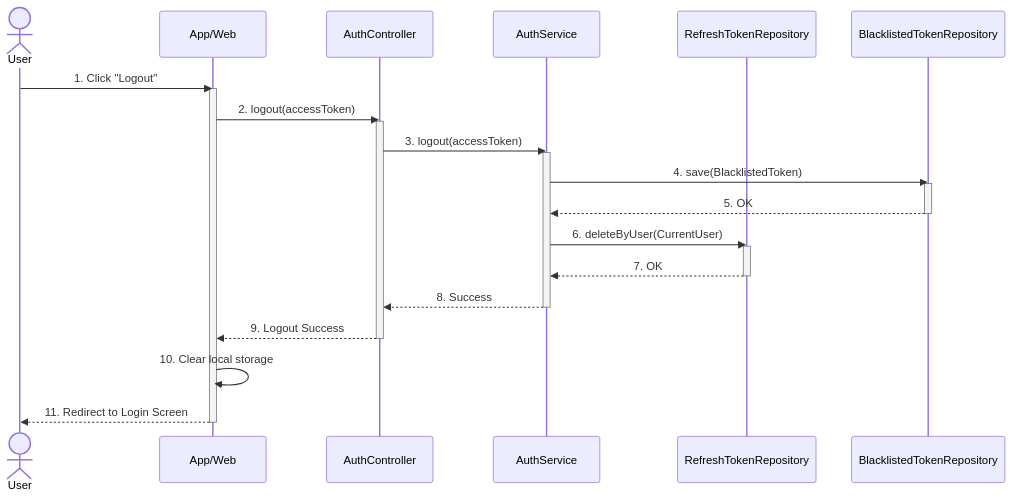
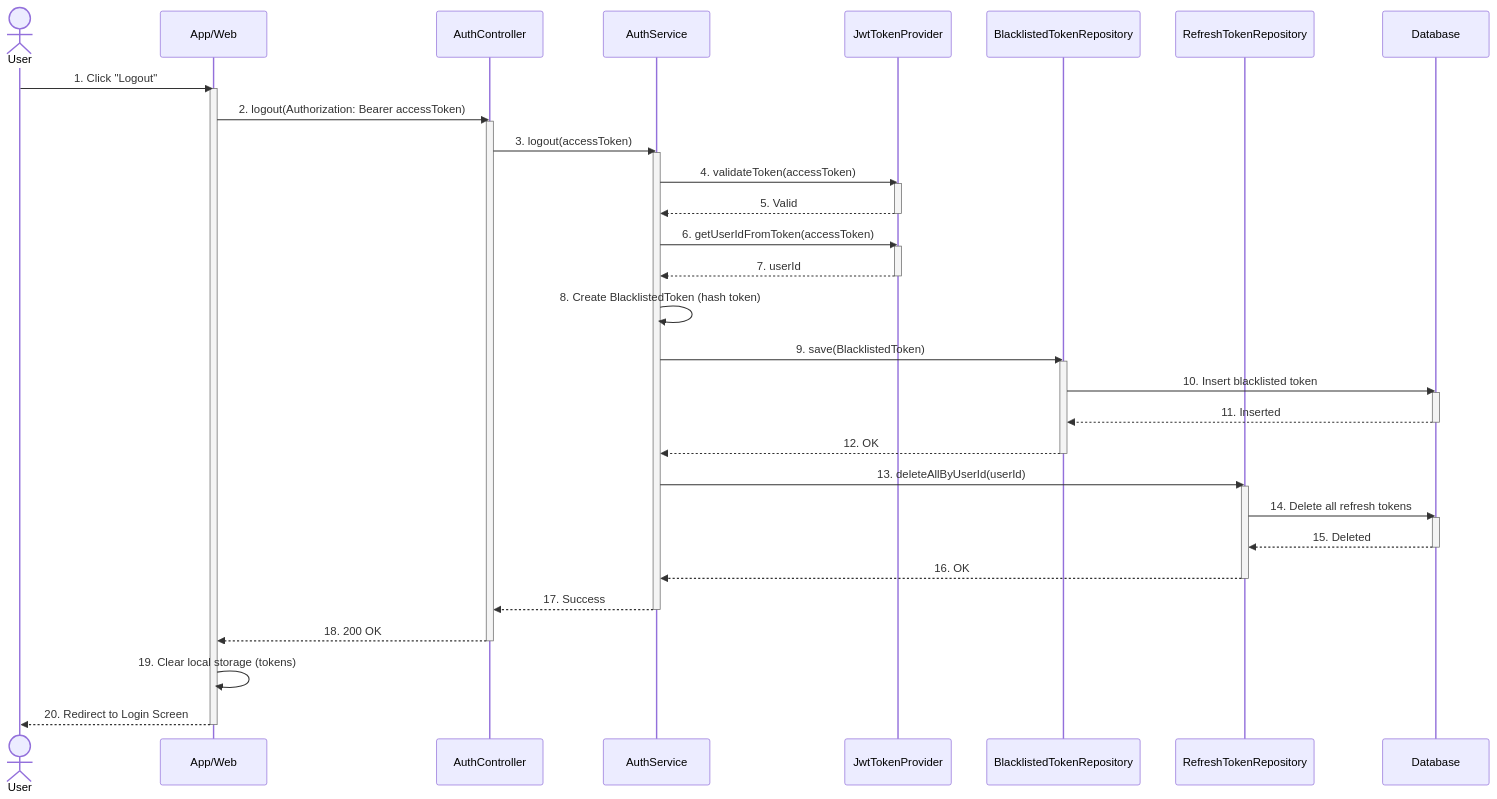
Before and after one commit to espresso23/Petties-Veterinary-Appointment-Booking-Platform: diagram 11 of 42 in docs-references/documentation/SDD/REPORT_4_SDD_SYSTEM_DESIGN.md, drawn with Mermaid. The commit also changed other lines of this file and 15 other files, not shown here.

````diff
--- a/docs-references/documentation/SDD/REPORT_4_SDD_SYSTEM_DESIGN.md
+++ b/docs-references/documentation/SDD/REPORT_4_SDD_SYSTEM_DESIGN.md
@@ -1116,31 +1314,50 @@
 ```mermaid
 sequenceDiagram
     actor User as User
     participant UI as App/Web
     participant AC as AuthController
     participant AS as AuthService
+    participant JTP as JwtTokenProvider
+    participant BTR as BlacklistedTokenRepository
     participant RTR as RefreshTokenRepository
-    participant BTR as BlacklistedTokenRepository
+    participant DB as Database
 
     User->>UI: 1. Click "Logout"
     activate UI
-    UI->>AC: 2. logout(accessToken)
+    UI->>AC: 2. logout(Authorization: Bearer accessToken)
     activate AC
     AC->>AS: 3. logout(accessToken)
     activate AS
-    AS->>BTR: 4. save(BlacklistedToken)
+    AS->>JTP: 4. validateToken(accessToken)
+    activate JTP
+    JTP-->>AS: 5. Valid
+    deactivate JTP
+    AS->>JTP: 6. getUserIdFromToken(accessToken)
+    activate JTP
+    JTP-->>AS: 7. userId
+    deactivate JTP
+    AS->>AS: 8. Create BlacklistedToken (hash token)
+    AS->>BTR: 9. save(BlacklistedToken)
     activate BTR
-    BTR-->>AS: 5. OK
+    BTR->>DB: 10. Insert blacklisted token
+    activate DB
+    DB-->>BTR: 11. Inserted
+    deactivate DB
+    BTR-->>AS: 12. OK
     deactivate BTR
-    AS->>RTR: 6. deleteByUser(CurrentUser)
+    AS->>RTR: 13. deleteAllByUserId(userId)
     activate RTR
-    RTR-->>AS: 7. OK
+    RTR->>DB: 14. Delete all refresh tokens
+    activate DB
+    DB-->>RTR: 15. Deleted
+    deactivate DB
+    RTR-->>AS: 16. OK
     deactivate RTR
-    AS-->>AC: 8. Success
+    AS-->>AC: 17. Success
     deactivate AS
-    AC-->>UI: 9. Logout Success
+    AC-->>UI: 18. 200 OK
     deactivate AC
-    UI->>UI: 10. Clear local storage
-    UI-->>User: 11. Redirect to Login Screen
+    UI->>UI: 19. Clear local storage (tokens)
+    UI-->>User: 20. Redirect to Login Screen
     deactivate UI
 ```
````
